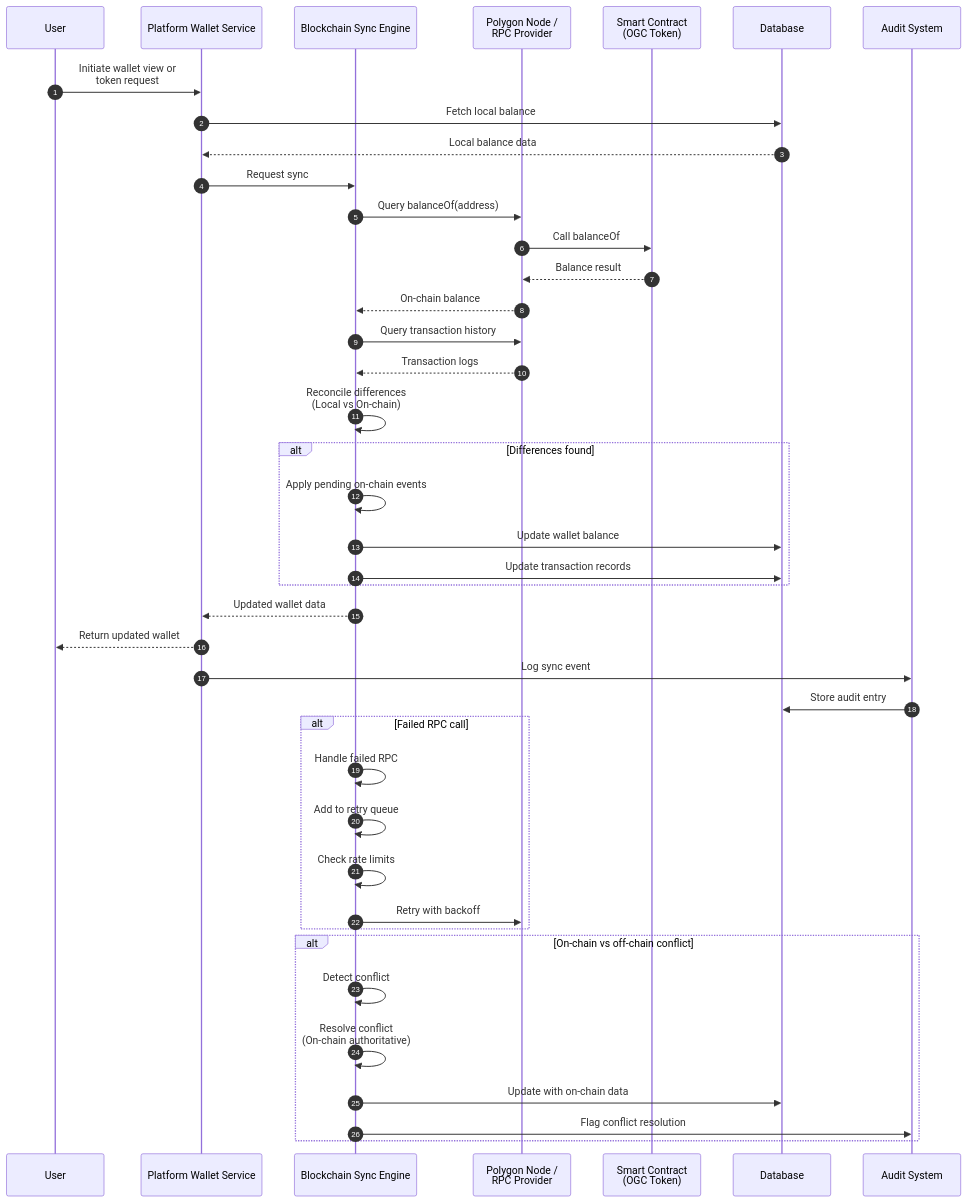
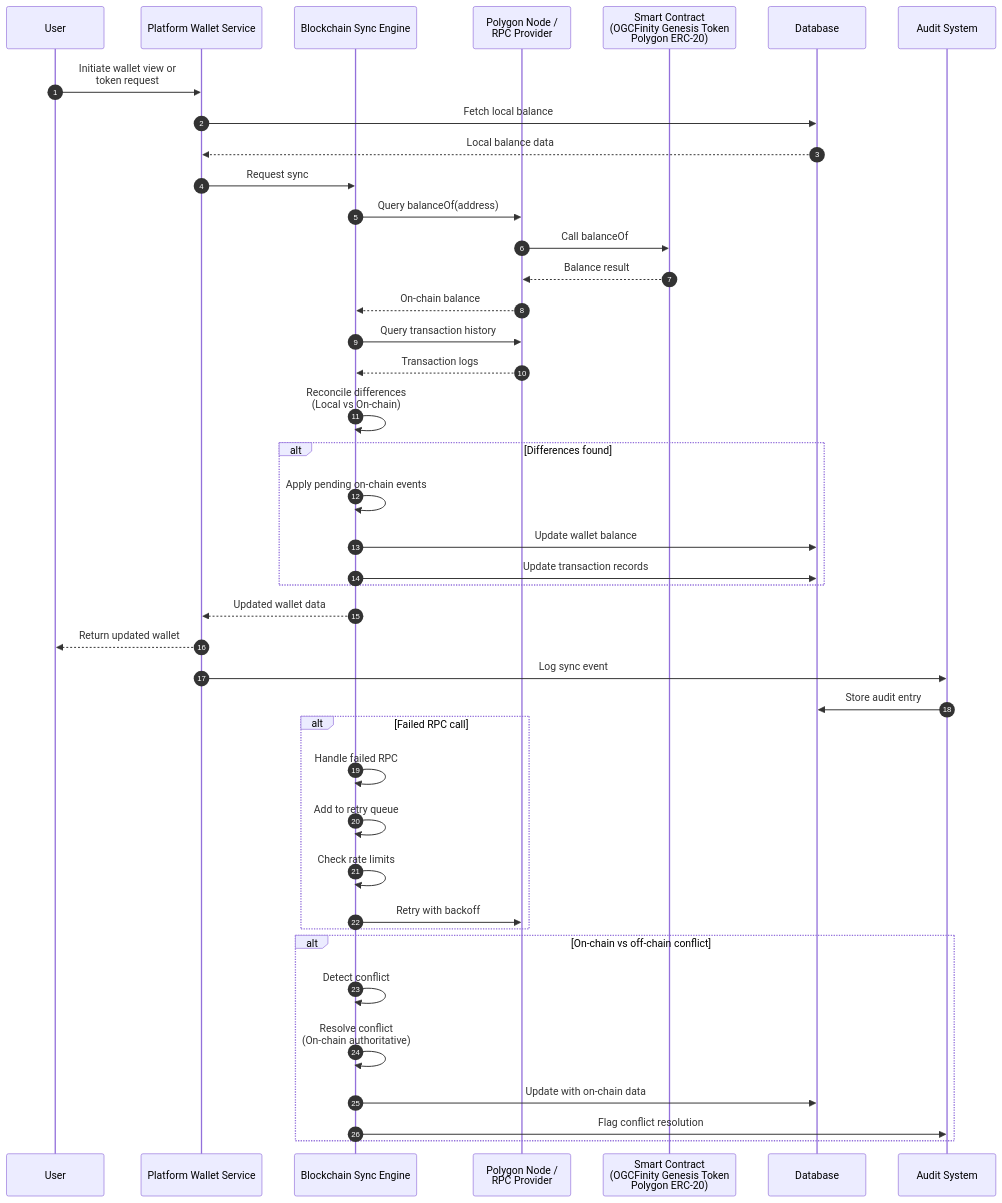
One commit to WaelOGC/OGC-NewFinity-Palstform changed the diagram in docs/mermaid/07-wallet-architecture/phase-7.8--wallet--blockchain-integration.mmd. Above: the diagram before and after it, drawn with Mermaid. The commit also changed 327 other files, not shown here.

```diff
--- a/docs/mermaid/07-wallet-architecture/phase-7.8--wallet--blockchain-integration.mmd
+++ b/docs/mermaid/07-wallet-architecture/phase-7.8--wallet--blockchain-integration.mmd
@@ -1,55 +1,55 @@
 sequenceDiagram
 
 %% Phase 7.8 - OGC Wallet Blockchain Integration Flow
 %% Full sequence of wallet interacting with Polygon
 
 autonumber
 
 participant U as User
 participant WS as Platform Wallet Service
 participant SE as Blockchain Sync Engine
 participant PN as Polygon Node /<br/>RPC Provider
-participant SC as Smart Contract<br/>(OGC Token)
+participant SC as Smart Contract<br/>(OGCFinity Genesis Token<br/>Polygon ERC-20)
 participant DB as Database
 participant AUDIT as Audit System
 
 U->>WS: Initiate wallet view or<br/>token request
 WS->>DB: Fetch local balance
 DB-->>WS: Local balance data
 
 WS->>SE: Request sync
 SE->>PN: Query balanceOf(address)
 PN->>SC: Call balanceOf
 SC-->>PN: Balance result
 PN-->>SE: On-chain balance
 
 SE->>PN: Query transaction history
 PN-->>SE: Transaction logs
 
 SE->>SE: Reconcile differences<br/>(Local vs On-chain)
 
 alt Differences found
     SE->>SE: Apply pending on-chain events
     SE->>DB: Update wallet balance
     SE->>DB: Update transaction records
 end
 
 SE-->>WS: Updated wallet data
 WS-->>U: Return updated wallet
 
 WS->>AUDIT: Log sync event
 AUDIT->>DB: Store audit entry
 
 alt Failed RPC call
     SE->>SE: Handle failed RPC
     SE->>SE: Add to retry queue
     SE->>SE: Check rate limits
     SE->>PN: Retry with backoff
 end
 
 alt On-chain vs off-chain conflict
     SE->>SE: Detect conflict
     SE->>SE: Resolve conflict<br/>(On-chain authoritative)
     SE->>DB: Update with on-chain data
     SE->>AUDIT: Flag conflict resolution
 end
```
